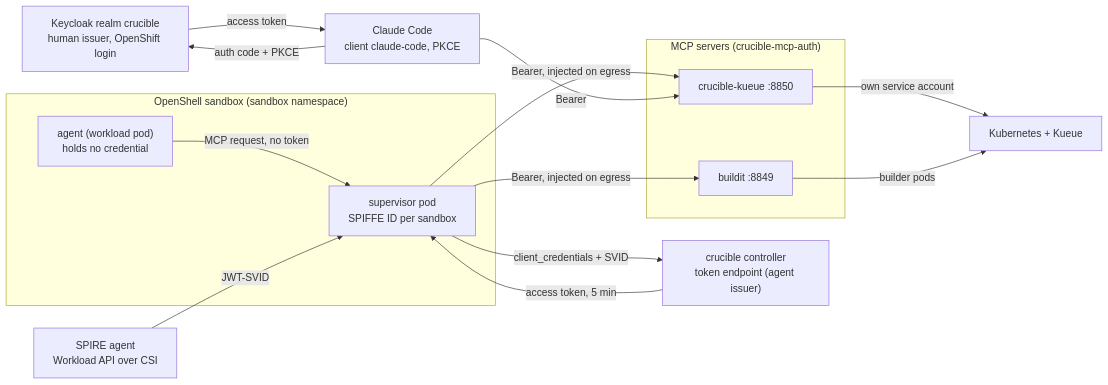
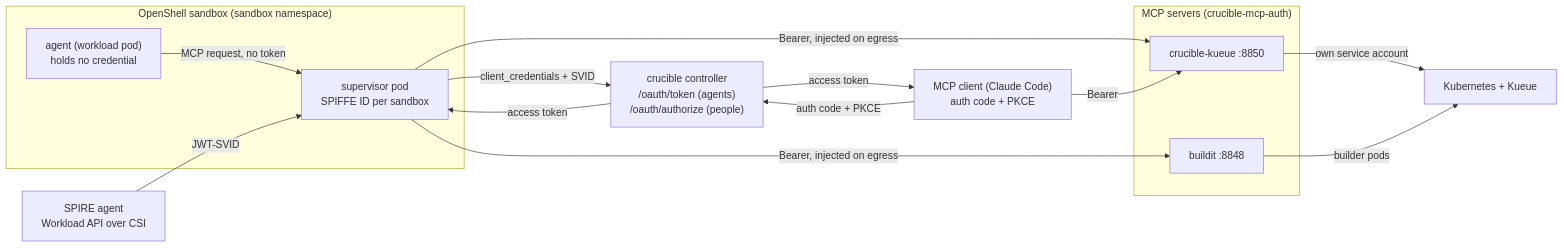
The first of 5 diagrams in crucible-mcp-auth/README.md (neuralmagic/crucible), drawn with Mermaid before and after one commit. The commit also changed other lines of this file and 9 other files, not shown here.

````diff
--- a/crucible-mcp-auth/README.md
+++ b/crucible-mcp-auth/README.md
@@ -52,28 +41,27 @@
 ```mermaid
 flowchart LR
     subgraph sandbox["OpenShell sandbox (sandbox namespace)"]
         agent["agent (workload pod)<br/>holds no credential"]
         sup["supervisor pod<br/>SPIFFE ID per sandbox"]
         agent -->|MCP request, no token| sup
     end
     spire["SPIRE agent<br/>Workload API over CSI"]
-    ctl["crucible controller<br/>token endpoint (agent issuer)"]
-    kc["Keycloak realm crucible<br/>human issuer, OpenShift login"]
-    cc["Claude Code<br/>client claude-code, PKCE"]
+    ctl["crucible controller<br/>/oauth/token (agents)<br/>/oauth/authorize (people)"]
+    cc["MCP client (Claude Code)<br/>auth code + PKCE"]
     subgraph servers["MCP servers (crucible-mcp-auth)"]
         kueue["crucible-kueue :8850"]
-        buildit["buildit :8849"]
+        buildit["buildit :8848"]
     end
     k8s["Kubernetes + Kueue"]
 
     spire -->|JWT-SVID| sup
     sup -->|client_credentials + SVID| ctl
-    ctl -->|access token, 5 min| sup
+    ctl -->|access token| sup
     sup -->|Bearer, injected on egress| kueue
     sup -->|Bearer, injected on egress| buildit
-    cc -->|auth code + PKCE| kc
-    kc -->|access token| cc
+    cc -->|auth code + PKCE| ctl
+    ctl -->|access token| cc
     cc -->|Bearer| kueue
     kueue -->|own service account| k8s
     buildit -->|builder pods| k8s
 ```
````
